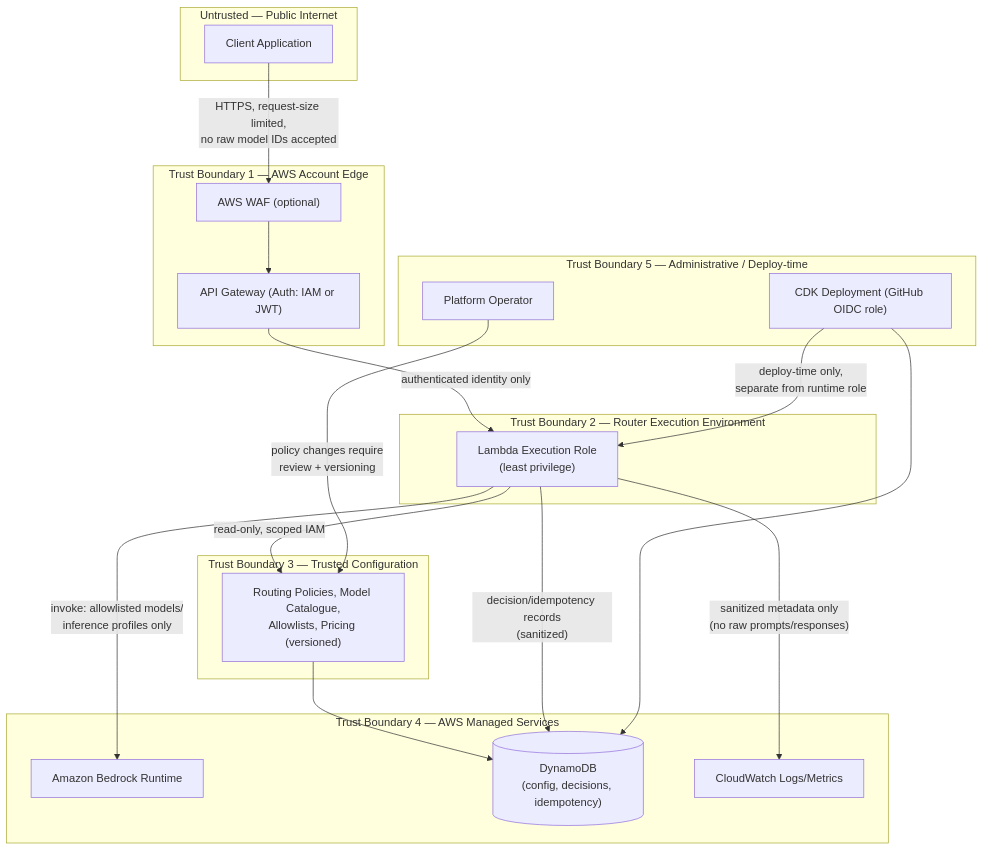
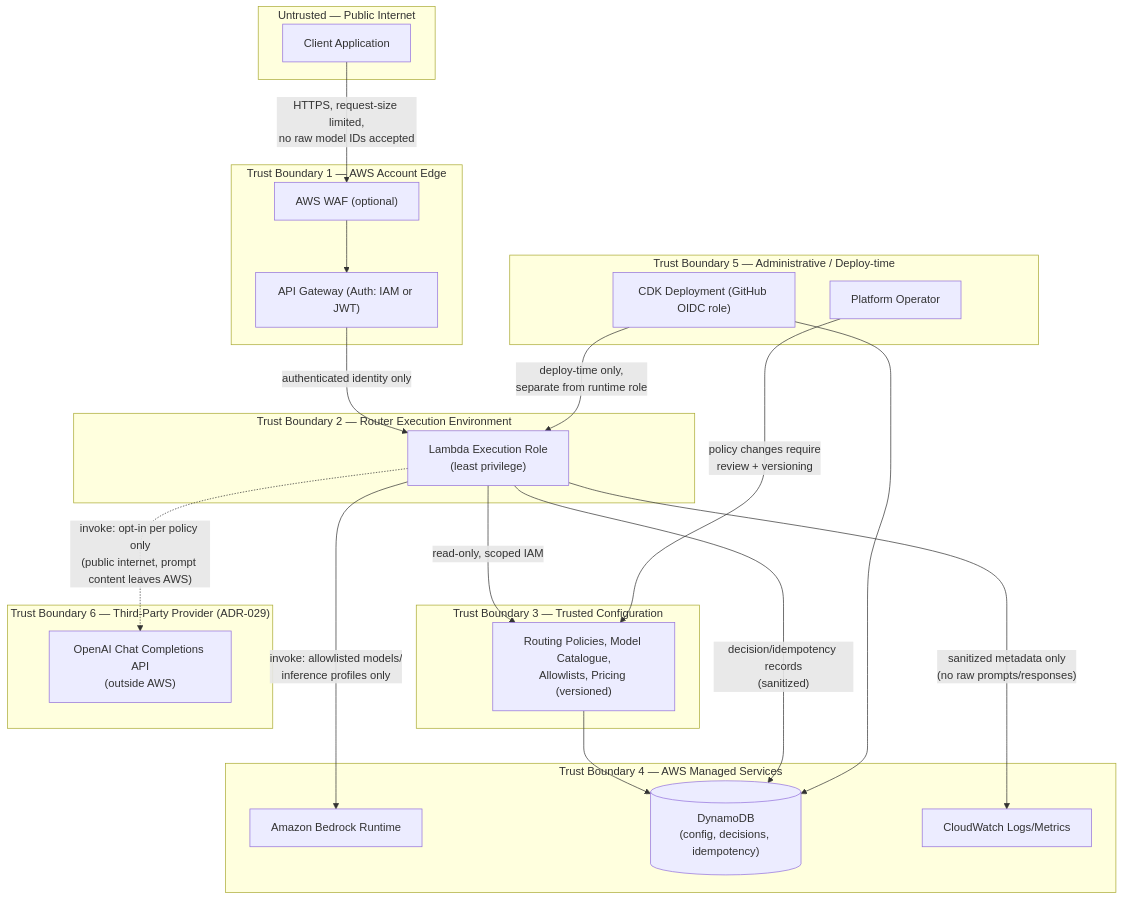
The fourth of 4 diagrams in docs/architecture/overview.md (lapczyna/aws-model-router), drawn with Mermaid before and after one commit. The commit also changed other lines of this file and 53 other files, not shown here.

First line of the commit message:
feat: add OpenAI as a second model provider via CompositeModelProvider (Phase 10a)

````diff
--- a/docs/architecture/overview.md
+++ b/docs/architecture/overview.md
@@ -228,44 +245,49 @@
 ```mermaid
 graph TB
     subgraph Internet["Untrusted — Public Internet"]
         Client["Client Application"]
     end
 
     subgraph EdgeBoundary["Trust Boundary 1 — AWS Account Edge"]
         WAF["AWS WAF (optional)"]
         APIGW["API Gateway (Auth: IAM or JWT)"]
     end
 
     subgraph ComputeBoundary["Trust Boundary 2 — Router Execution Environment"]
         Lambda["Lambda Execution Role\n(least privilege)"]
     end
 
     subgraph ConfigBoundary["Trust Boundary 3 — Trusted Configuration"]
         Config["Routing Policies, Model Catalogue,\nAllowlists, Pricing (versioned)"]
     end
 
     subgraph DataBoundary["Trust Boundary 4 — AWS Managed Services"]
         Bedrock["Amazon Bedrock Runtime"]
         DynamoDB[("DynamoDB\n(config, decisions, idempotency)")]
         CloudWatch["CloudWatch Logs/Metrics"]
     end
 
     subgraph AdminBoundary["Trust Boundary 5 — Administrative / Deploy-time"]
         CDK["CDK Deployment (GitHub OIDC role)"]
         Operator["Platform Operator"]
     end
 
+    subgraph ThirdPartyBoundary["Trust Boundary 6 — Third-Party Provider (ADR-029)"]
+        OpenAI["OpenAI Chat Completions API\n(outside AWS)"]
+    end
+
     Client -->|"HTTPS, request-size limited,\nno raw model IDs accepted"| WAF
     WAF --> APIGW
     APIGW -->|"authenticated identity only"| Lambda
 
     Lambda -->|"read-only, scoped IAM"| Config
     Config --> DynamoDB
     Lambda -->|"invoke: allowlisted models/\ninference profiles only"| Bedrock
+    Lambda -.->|"invoke: opt-in per policy only\n(public internet, prompt content leaves AWS)"| OpenAI
     Lambda -->|"sanitized metadata only\n(no raw prompts/responses)"| CloudWatch
     Lambda -->|"decision/idempotency records\n(sanitized)"| DynamoDB
 
     Operator -->|"policy changes require\nreview + versioning"| Config
     CDK -->|"deploy-time only,\nseparate from runtime role"| Lambda
     CDK --> DynamoDB
 ```
````
